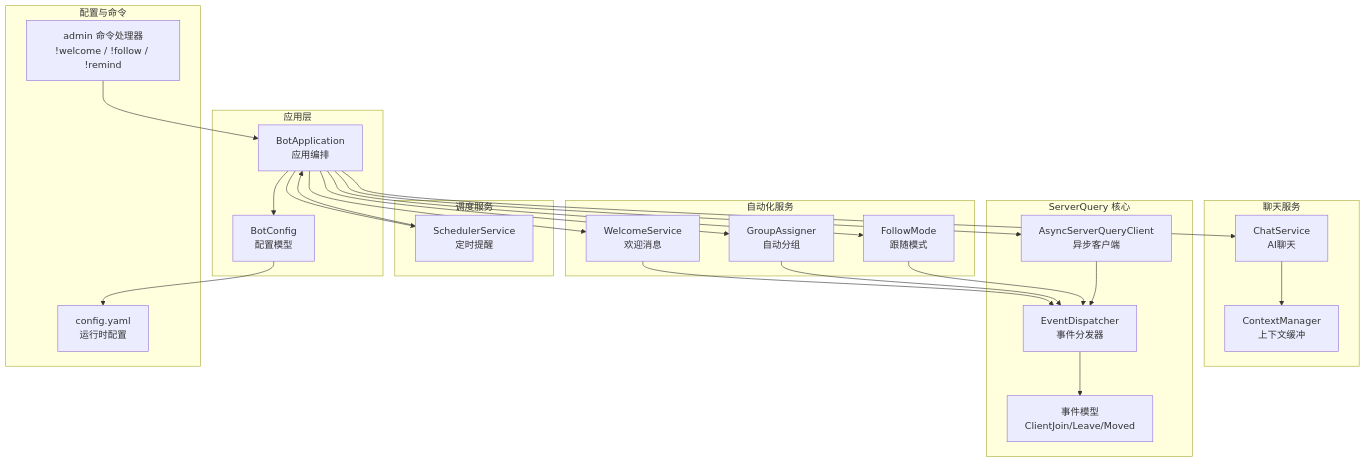
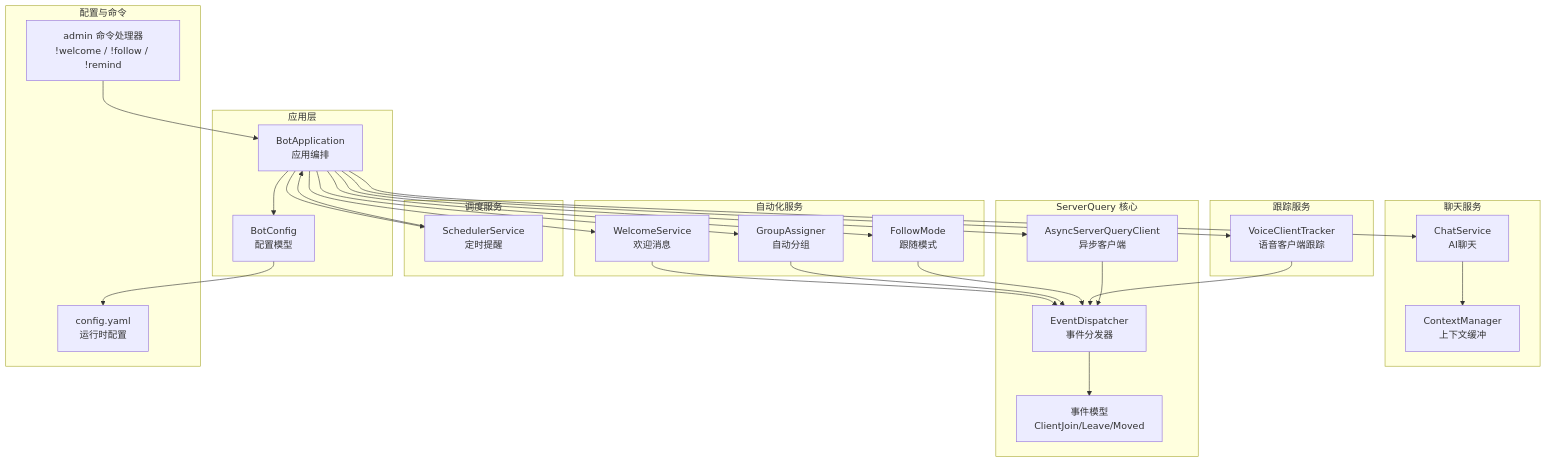
The first of 10 diagrams in .qoder/repowiki/zh/content/用户自动化服务/用户自动化服务.md (GhoulOwl/Teamspeak3_Bot), drawn with Mermaid before and after one commit. The commit also changed other lines of this file and 13 other files, not shown here.

````diff
--- a/.qoder/repowiki/zh/content/用户自动化服务/用户自动化服务.md
+++ b/.qoder/repowiki/zh/content/用户自动化服务/用户自动化服务.md
@@ -45,44 +56,49 @@
 ```mermaid
 graph TB
 subgraph "应用层"
 APP["BotApplication<br/>应用编排"]
 CFG["BotConfig<br/>配置模型"]
 end
 subgraph "自动化服务"
 WEL["WelcomeService<br/>欢迎消息"]
 GRP["GroupAssigner<br/>自动分组"]
 FOL["FollowMode<br/>跟随模式"]
+end
+subgraph "跟踪服务"
+VCT["VoiceClientTracker<br/>语音客户端跟踪"]
 end
 subgraph "调度服务"
 SCH["SchedulerService<br/>定时提醒"]
 end
 subgraph "聊天服务"
 CHAT["ChatService<br/>AI聊天"]
 CTX["ContextManager<br/>上下文缓冲"]
 end
 subgraph "ServerQuery 核心"
 SQC["AsyncServerQueryClient<br/>异步客户端"]
 EVD["EventDispatcher<br/>事件分发器"]
 EVT["事件模型<br/>ClientJoin/Leave/Moved"]
 end
 subgraph "配置与命令"
 YAML["config.yaml<br/>运行时配置"]
 ADM["admin 命令处理器<br/>!welcome / !follow / !remind"]
 end
 APP --> WEL
 APP --> GRP
 APP --> FOL
+APP --> VCT
 APP --> SCH
 APP --> CHAT
 APP --> SQC
 APP --> CFG
 CFG --> YAML
 WEL --> EVD
 GRP --> EVD
 FOL --> EVD
+VCT --> EVD
 SCH --> APP
 SQC --> EVD
 EVD --> EVT
 ADM --> APP
 CHAT --> CTX
 ```
````
